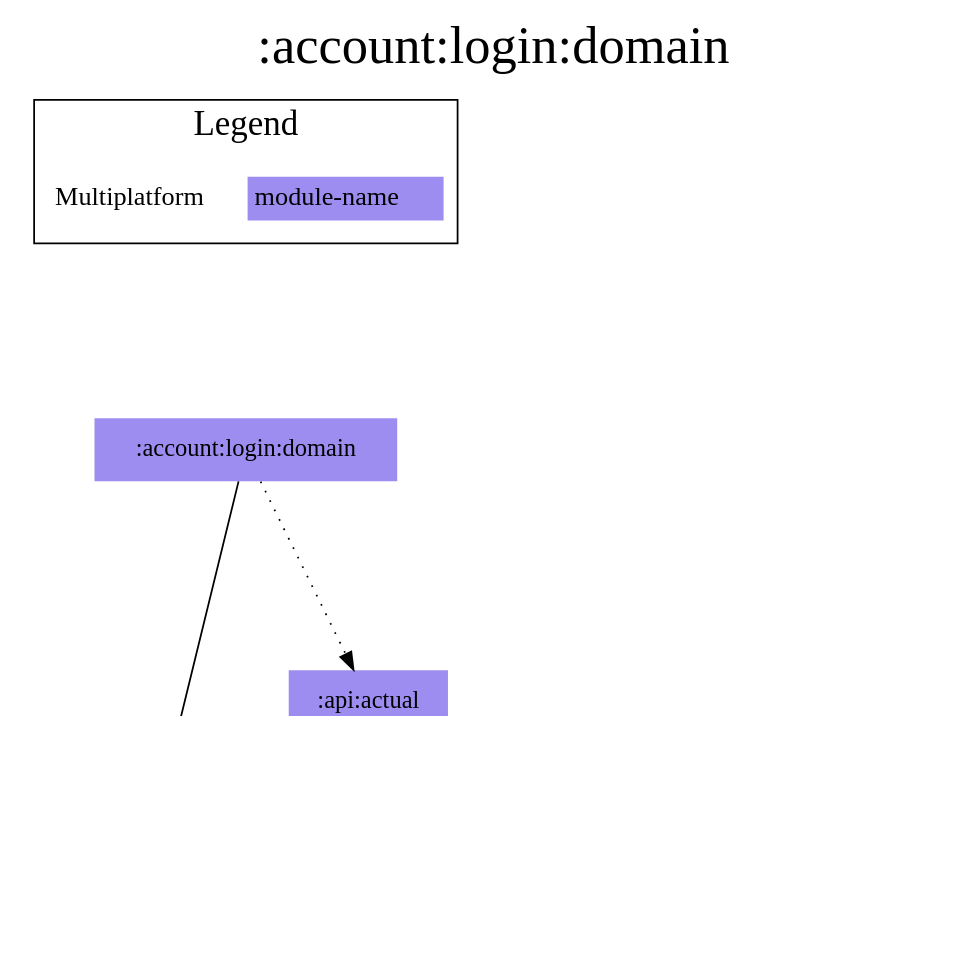
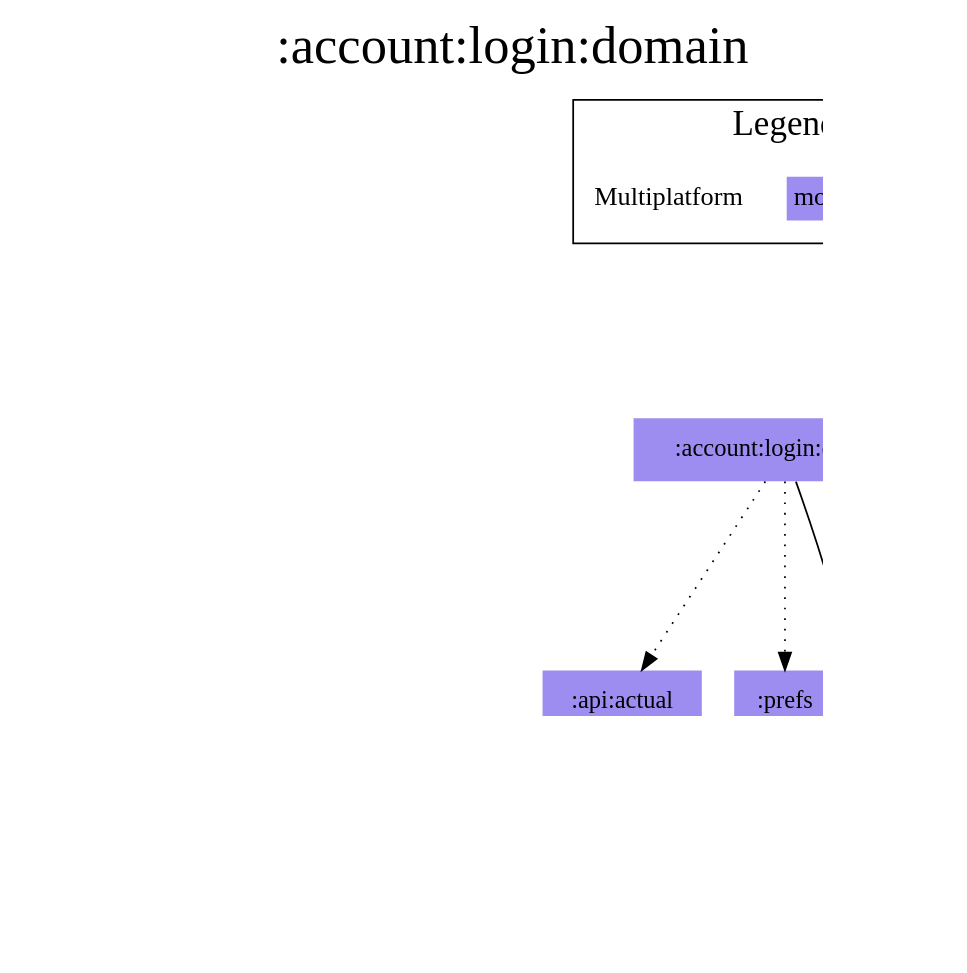
One commit to jonapoul/aktual changed the diagram in modules/account/login/domain/modules.dot. Above: the diagram before and after it, drawn with Graphviz. The commit also changed 152 other files, not shown here.

```diff
--- a/modules/account/login/domain/modules.dot
+++ b/modules/account/login/domain/modules.dot
@@ -1,30 +1,34 @@
 digraph {
 edge ["dir"="forward"]
 graph ["dpi"="100","label"=":account:login:domain","labelloc"="t","fontsize"="30","ranksep"="1.5","rankdir"="TB"]
 node ["style"="filled"]
 ":account:login:domain" ["fillcolor"="#9D8DF1","shape"="none"]
 ":account:model" ["fillcolor"="#9D8DF1","shape"="none"]
 ":api:actual" ["fillcolor"="#9D8DF1","shape"="none"]
 ":budget:model" ["fillcolor"="#9D8DF1","shape"="none"]
 ":codegen:annotation" ["fillcolor"="#9D8DF1","shape"="none"]
-":url:model" ["fillcolor"="#9D8DF1","shape"="none"]
+":core:model" ["fillcolor"="#9D8DF1","shape"="none"]
+":prefs" ["fillcolor"="#9D8DF1","shape"="none"]
 {
 edge ["dir"="none"]
 graph ["rank"="same"]
 }
 ":account:login:domain" -> ":account:model"
 ":account:login:domain" -> ":api:actual" ["style"="dotted"]
+":account:login:domain" -> ":prefs" ["style"="dotted"]
 ":api:actual" -> ":account:model"
 ":api:actual" -> ":budget:model"
 ":api:actual" -> ":codegen:annotation" ["style"="dotted"]
-":api:actual" -> ":url:model"
+":api:actual" -> ":core:model"
+":prefs" -> ":account:model"
+":prefs" -> ":core:model"
 subgraph "cluster_legend" {
 edge ["dir"="none"]
 graph ["label"="Legend","fontsize"="20"]
 "Legend" ["style"="filled","fillcolor"="#FFFFFF","shape"="none","margin"="0","fontsize"="15","label"=<
 <TABLE BORDER="0" CELLBORDER="0" CELLSPACING="0" CELLPADDING="4">
 <TR><TD>Multiplatform</TD><TD BGCOLOR="#9D8DF1">module-name</TD></TR>
 </TABLE>
 >]
 } -> ":account:login:domain" ["style"="invis"]
 }
```
